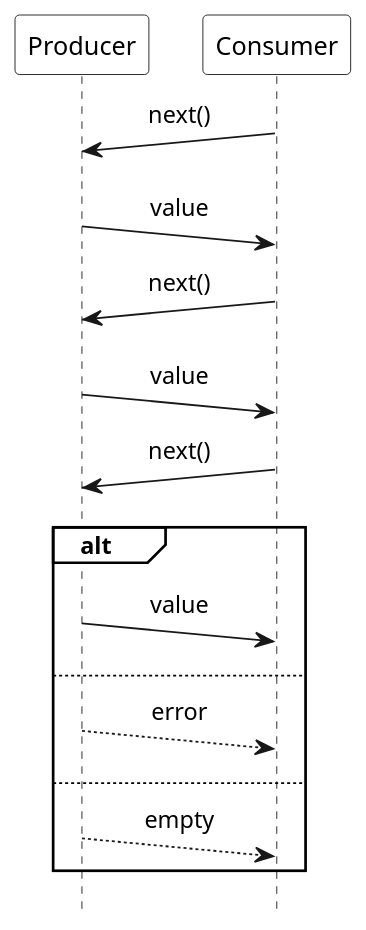
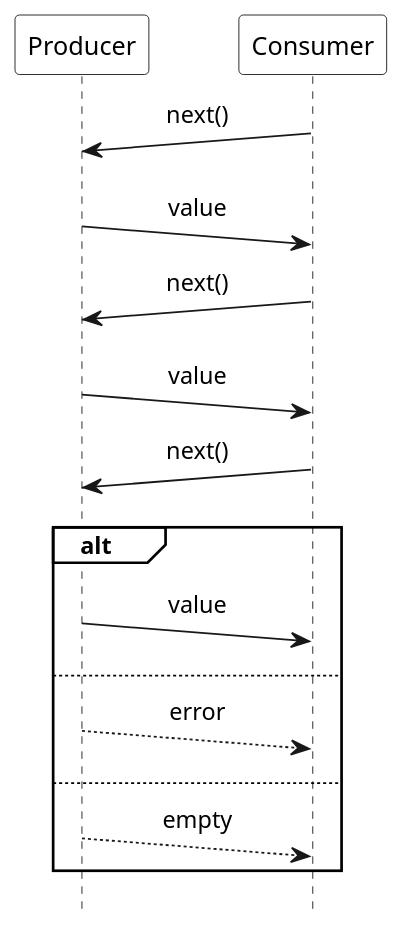
One commit to ti-cortex-m4/demo-java-reactive-streams-old changed the diagram in images/pattern_Iterator.puml. Above: the diagram before and after it, drawn with PlantUML. The commit also changed 2 other files, not shown here.

```diff
--- a/images/pattern_Iterator.puml
+++ b/images/pattern_Iterator.puml
@@ -1,34 +1,34 @@
 @startuml
 
 scale 1.2
 hide footbox
 
 !pragma teoz true
 
 skinparam monochrome true
 skinparam defaultFontName Source Sans Pro
 skinparam sequenceMessageAlign center
 skinparam participantBackgroundColor #white
 skinparam noteBackgroundColor #white
 skinparam sequenceGroupBackgroundColor #white
-skinparam participantPadding 10
+skinparam participantPadding 20
 
 participant Producer
 participant Consumer
 
 Consumer ->(10) Producer : next()
 Producer ->(10) Consumer : value
 
 Consumer ->(10) Producer : next()
 Producer ->(10) Consumer : value
 
 Consumer ->(10) Producer : next()
 alt
 Producer ->(10) Consumer : value
 else
 Producer -->(10) Consumer : error
 else
 Producer -->(10) Consumer : empty
 end
 
 @enduml
```
